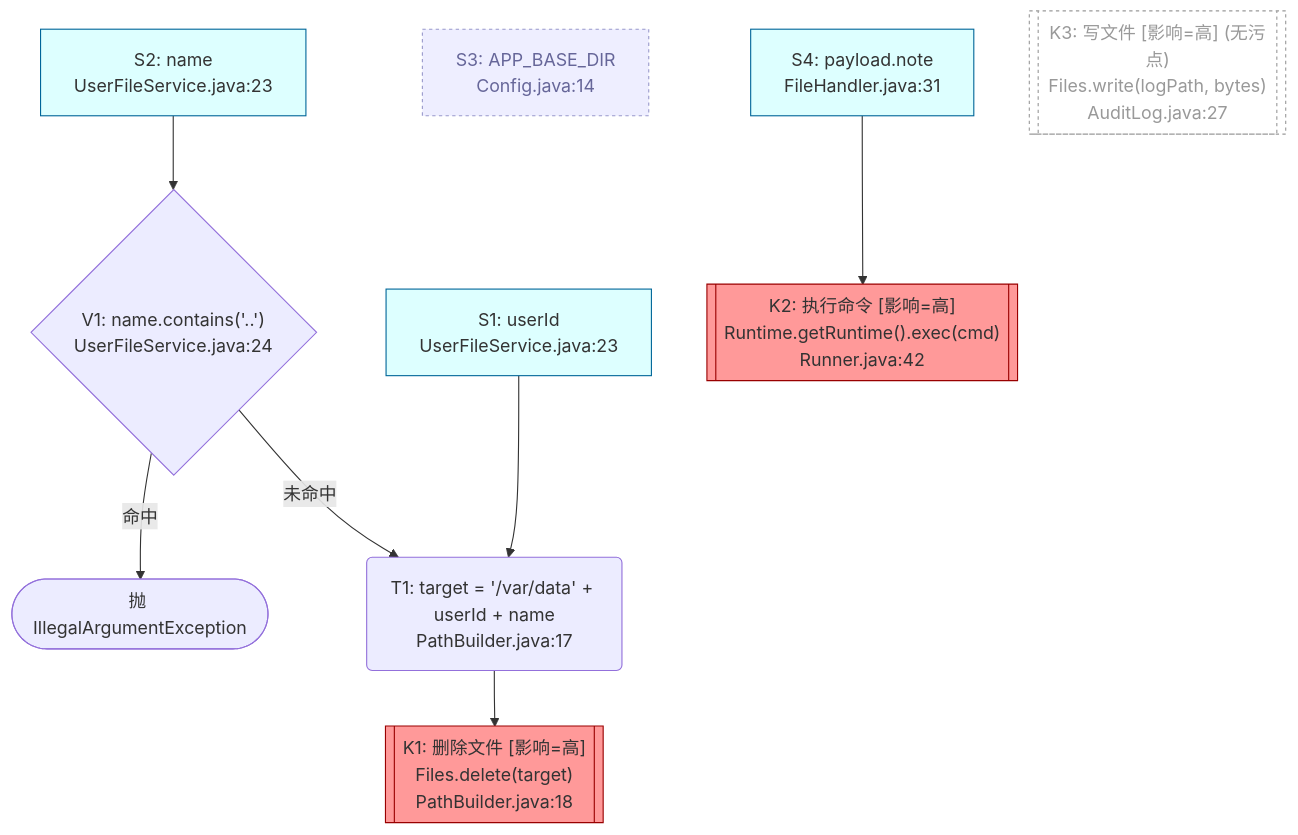
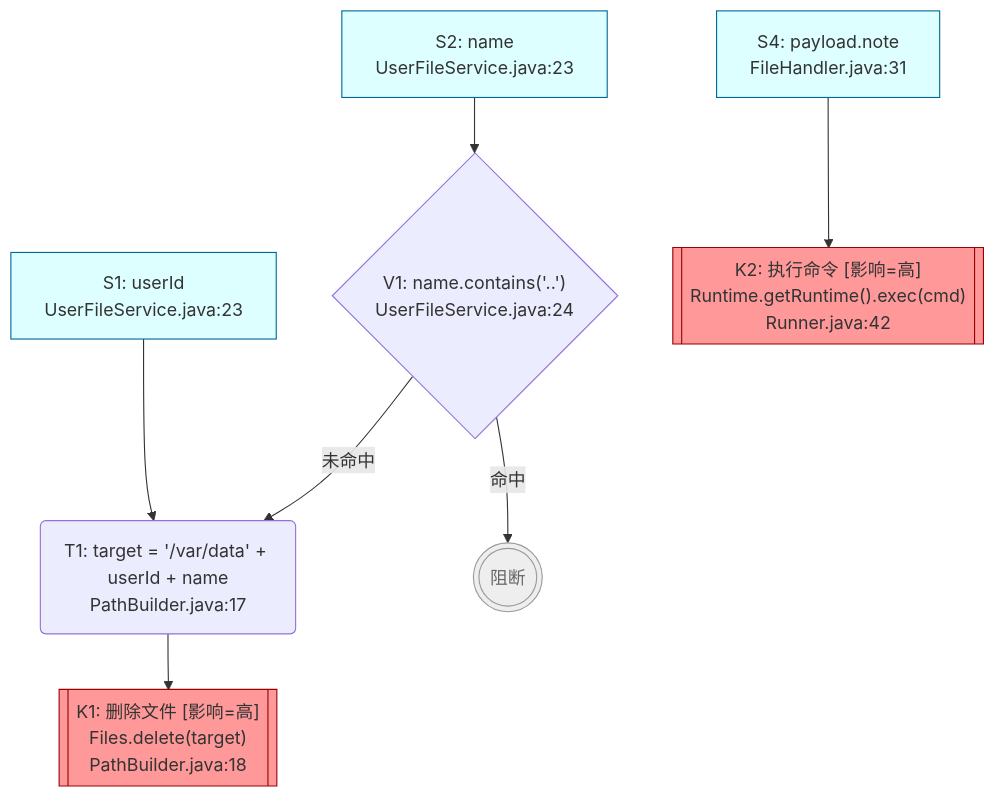
The diagram in SKILL.md (gcf0082/code-dataflow-analysis), drawn with Mermaid before and after one commit. The commit also changed other lines of this file, not shown here.

Commit message:
Slim graph.md to audit-focused: drop trivial validations (null/empty/type/length/parse), drop unreached sources & untainted sinks; auto-split by sink when >= 12 nodes

````diff
--- a/SKILL.md
+++ b/SKILL.md
@@ -220,42 +238,34 @@
 ```mermaid
 graph TD
-    %% Sources
     S1["S1: userId<br/>UserFileService.java:23"]
     S2["S2: name<br/>UserFileService.java:23"]
-    S3["S3: APP_BASE_DIR<br/>Config.java:14"]
     S4["S4: payload.note<br/>FileHandler.java:31"]
 
-    %% Validations & Transformations
     V1{"V1: name.contains('..')<br/>UserFileService.java:24"}
-    X1(["抛 IllegalArgumentException"])
     T1("T1: target = '/var/data' + userId + name<br/>PathBuilder.java:17")
 
-    %% Sinks
     K1[["K1: 删除文件 [影响=高]<br/>Files.delete(target)<br/>PathBuilder.java:18"]]
     K2[["K2: 执行命令 [影响=高]<br/>Runtime.getRuntime().exec(cmd)<br/>Runner.java:42"]]
-    K3[["K3: 写文件 [影响=高] (无污点)<br/>Files.write(logPath, bytes)<br/>AuditLog.java:27"]]
+
+    Block(((阻断)))
 
     %% F1: {S1, S2} → K1
     S1 --> T1
     S2 --> V1
-    V1 -->|命中| X1
+    V1 -->|命中| Block
     V1 -->|未命中| T1
     T1 --> K1
 
     %% F2: S4 → K2
     S4 --> K2
 
-    %% S3 unreached, K3 untainted: 无连边
-
     classDef src fill:#dff,stroke:#069
-    classDef srcUnreached fill:#eef,stroke:#99c,color:#669,stroke-dasharray:3 3
     classDef high fill:#f99,stroke:#900
     classDef mid fill:#ffd,stroke:#960
     classDef low fill:#eee,stroke:#999
-    classDef untainted fill:#fff,stroke:#999,color:#999,stroke-dasharray:3 3
+    classDef block fill:#eee,stroke:#999,color:#666
 
     class S1,S2,S4 src
-    class S3 srcUnreached
     class K1,K2 high
-    class K3 untainted
+    class Block block
 ```
````
